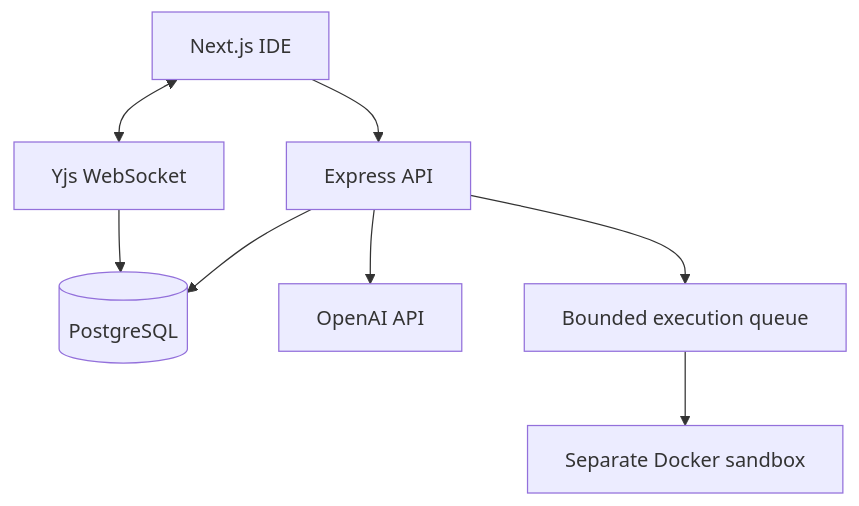
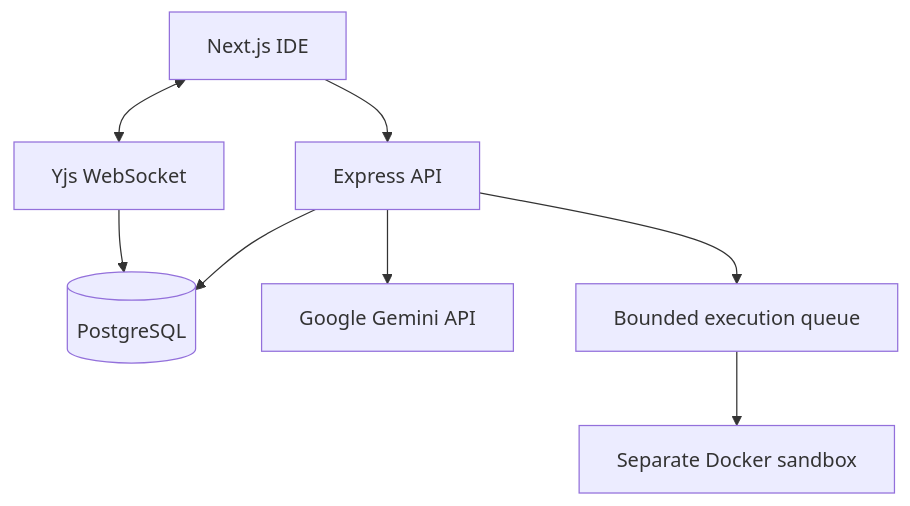
Before and after one commit to rohiit2507/AI-collaborative-code-editor: the diagram in README.md, drawn with Mermaid. The commit also changed other lines of this file and 8 other files, not shown here.

````diff
--- a/README.md
+++ b/README.md
@@ -17,10 +17,10 @@
 ```mermaid
 flowchart TD
 	Browser[Next.js IDE] --> API[Express API]
 	Browser <--> YJS[Yjs WebSocket]
 	API --> DB[(PostgreSQL)]
-	API --> AI[OpenAI API]
+	API --> AI[Google Gemini API]
 	API --> Queue[Bounded execution queue]
 	Queue --> Sandbox[Separate Docker sandbox]
 	YJS --> DB
 ```
````
